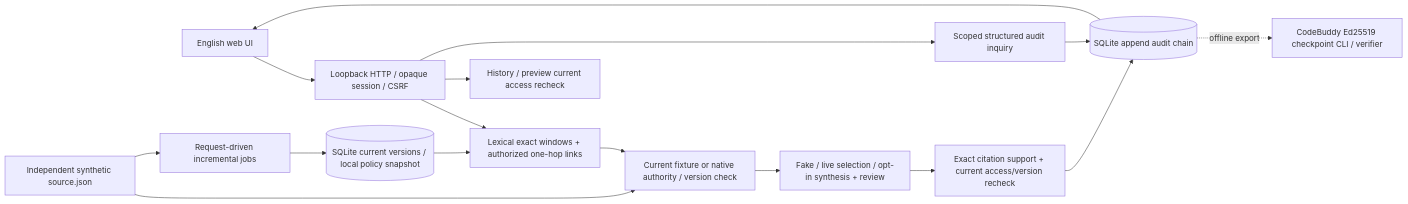
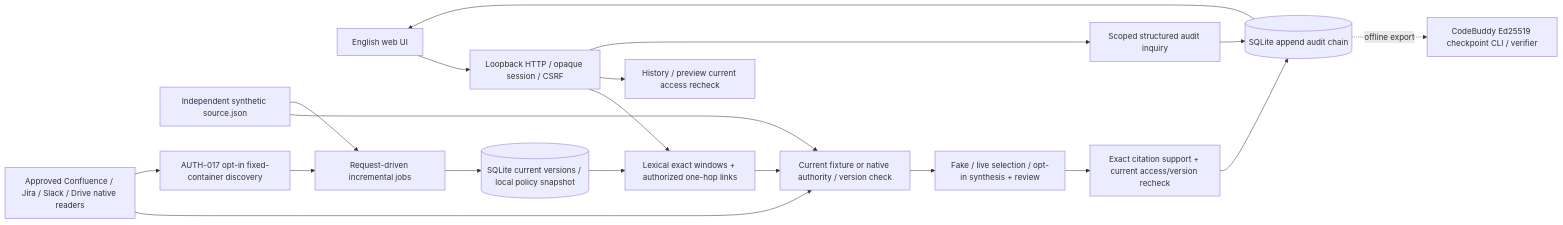
Before and after one commit to Stone441/AI-Bang2: the diagram in docs/IMPLEMENTED_ARCHITECTURE.md, drawn with Mermaid. The commit also changed 150 other files, not shown here.

````diff
--- a/docs/IMPLEMENTED_ARCHITECTURE.md
+++ b/docs/IMPLEMENTED_ARCHITECTURE.md
@@ -9,18 +9,21 @@
 ```mermaid
 flowchart LR
   UI[English web UI] --> HTTP[Loopback HTTP / opaque session / CSRF]
   HTTP --> Query[Lexical exact windows + authorized one-hop links]
   Query --> ACL[Current fixture or native authority / version check]
   Index[(SQLite current versions / local policy snapshot)] --> Query
   Source[Independent synthetic source.json] --> ACL
+  Native[Approved Confluence / Jira / Slack / Drive native readers] --> ACL
+  Native --> Discovery[AUTH-017 opt-in fixed-container discovery]
+  Discovery --> Sync
   Source --> Sync[Request-driven incremental jobs]
   Sync --> Index
   ACL --> Model[Fake / live selection / opt-in synthesis + review]
   Model --> Guard[Exact citation support + current access/version recheck]
   Guard --> Audit[(SQLite append audit chain)]
   Audit --> UI
   HTTP --> History[History / preview current access recheck]
   HTTP --> Inquiry[Scoped structured audit inquiry]
   Inquiry --> Audit
   Audit -. offline export .-> Signature[CodeBuddy Ed25519 checkpoint CLI / verifier]
 ```
````
